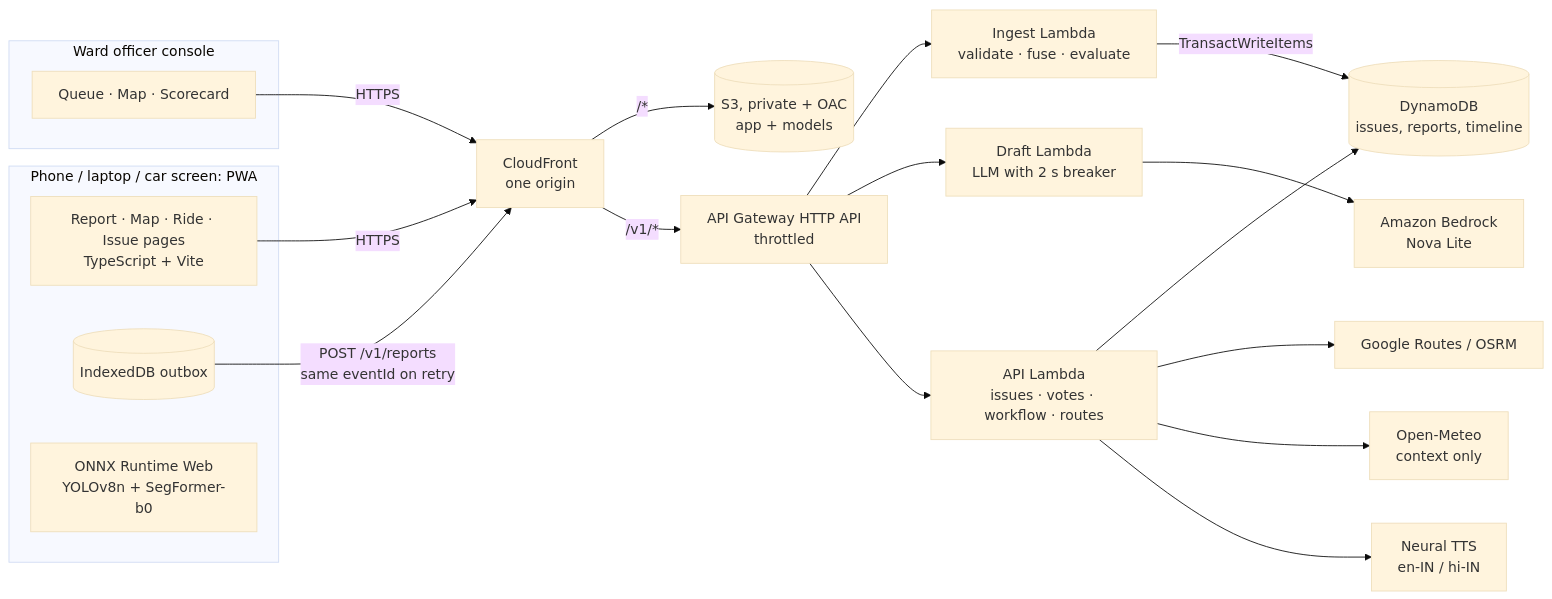
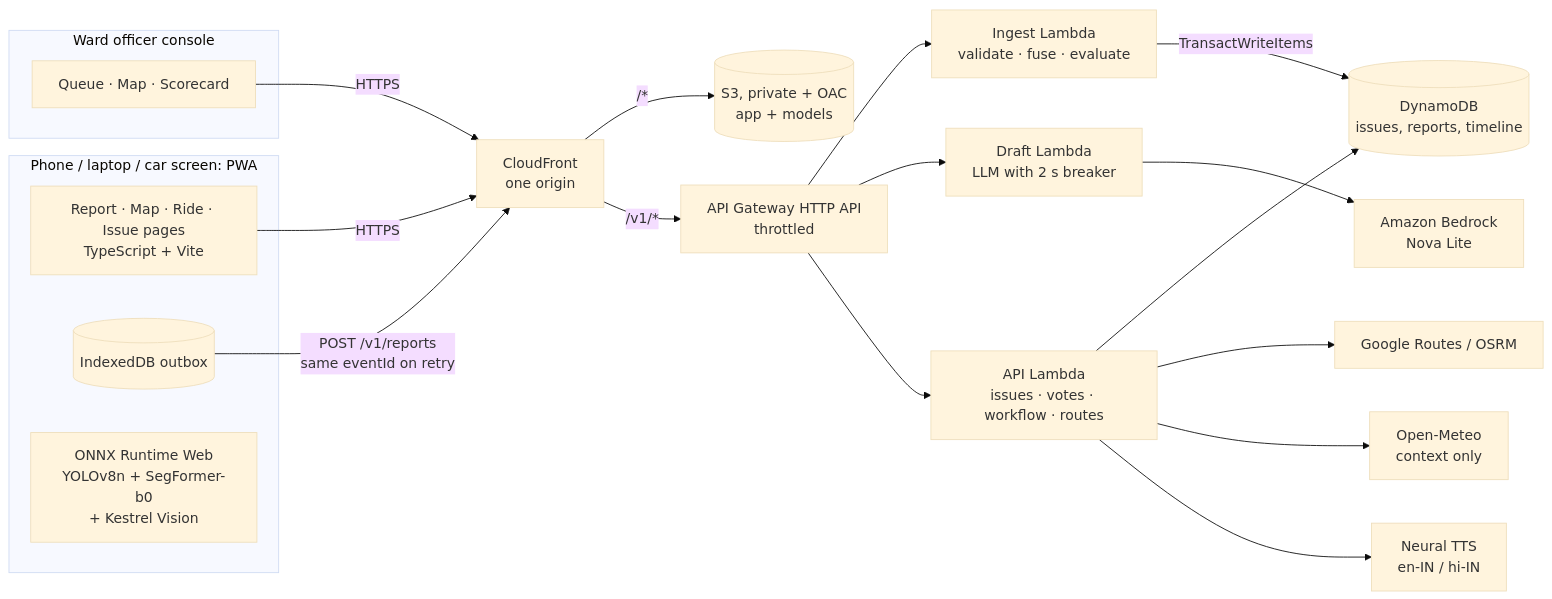
Diagram 11 of 15 in README.md (4-thkind/Kestrel), drawn with Mermaid (base theme) before and after one commit. The commit also changed other lines of this file, not shown here.

````diff
--- a/README.md
+++ b/README.md
@@ -403,28 +445,28 @@
 ```mermaid
 flowchart LR
   subgraph Client["Phone / laptop / car screen: PWA"]
     UI["Report · Map · Ride · Issue pages<br/>TypeScript + Vite"]
     OB[("IndexedDB outbox")]
-    ML["ONNX Runtime Web<br/>YOLOv8n + SegFormer-b0"]
+    ML["ONNX Runtime Web<br/>YOLOv8n + SegFormer-b0<br/>+ Kestrel Vision"]
   end
   subgraph Officer["Ward officer console"]
     OC["Queue · Map · Scorecard"]
   end
 
   UI -->|HTTPS| CF["CloudFront<br/>one origin"]
   OC -->|HTTPS| CF
   OB -->|"POST /v1/reports<br/>same eventId on retry"| CF
   CF -->|"/*"| S3[("S3, private + OAC<br/>app + models")]
   CF -->|"/v1/*"| GW["API Gateway HTTP API<br/>throttled"]
 
   GW --> L1["Ingest Lambda<br/>validate · fuse · evaluate"]
   GW --> L2["Draft Lambda<br/>LLM with 2 s breaker"]
   GW --> L3["API Lambda<br/>issues · votes · workflow · routes"]
 
   L1 -->|TransactWriteItems| DB[("DynamoDB<br/>issues, reports, timeline")]
   L3 --> DB
   L2 --> BR["Amazon Bedrock<br/>Nova Lite"]
   L3 --> RT["Google Routes / OSRM"]
   L3 --> WX["Open-Meteo<br/>context only"]
   L3 --> TTS["Neural TTS<br/>en-IN / hi-IN"]
 ```
````
